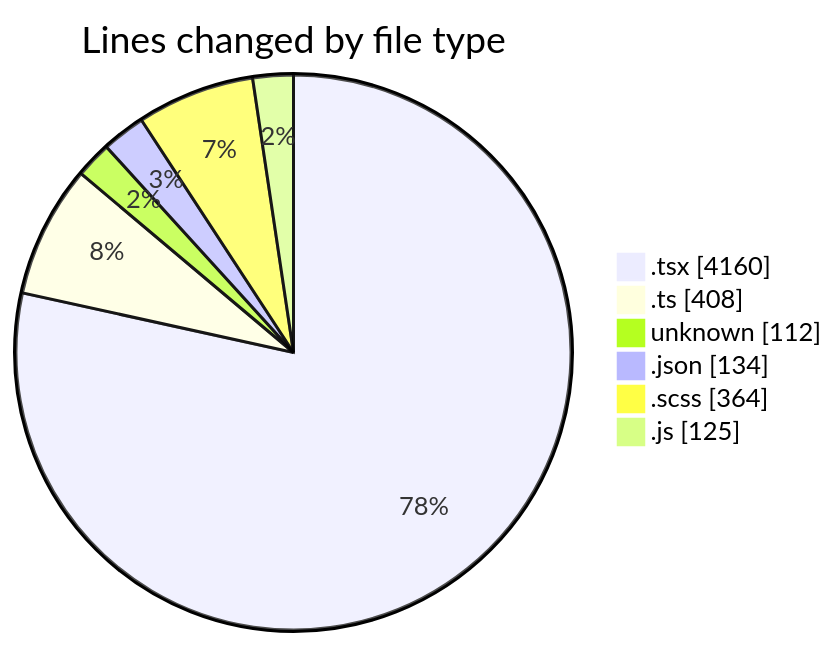
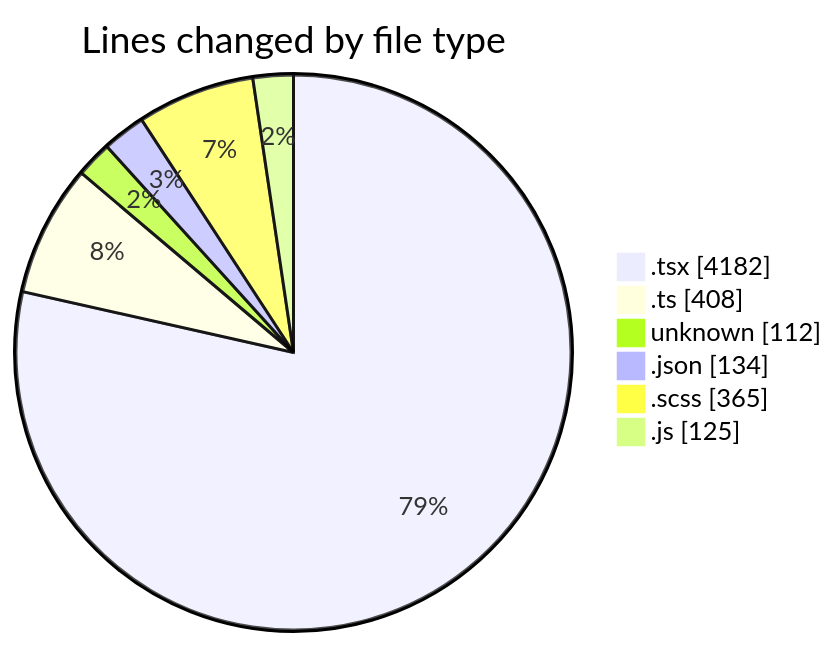
One commit to momahboobian/code-tracking changed the first of 2 diagrams in 2026-04-28/cda/README.md. Above: the diagram before and after it, drawn with Mermaid. The commit also changed other lines of this file and 1 other file, not shown here.

````diff
--- a/2026-04-28/cda/README.md
+++ b/2026-04-28/cda/README.md
@@ -67,10 +67,10 @@
 ```mermaid
 pie showData
 title Lines changed by file type
-".tsx" : 4160
+".tsx" : 4182
 ".ts" : 408
 "unknown" : 112
 ".json" : 134
-".scss" : 364
+".scss" : 365
 ".js" : 125
 ```
````
